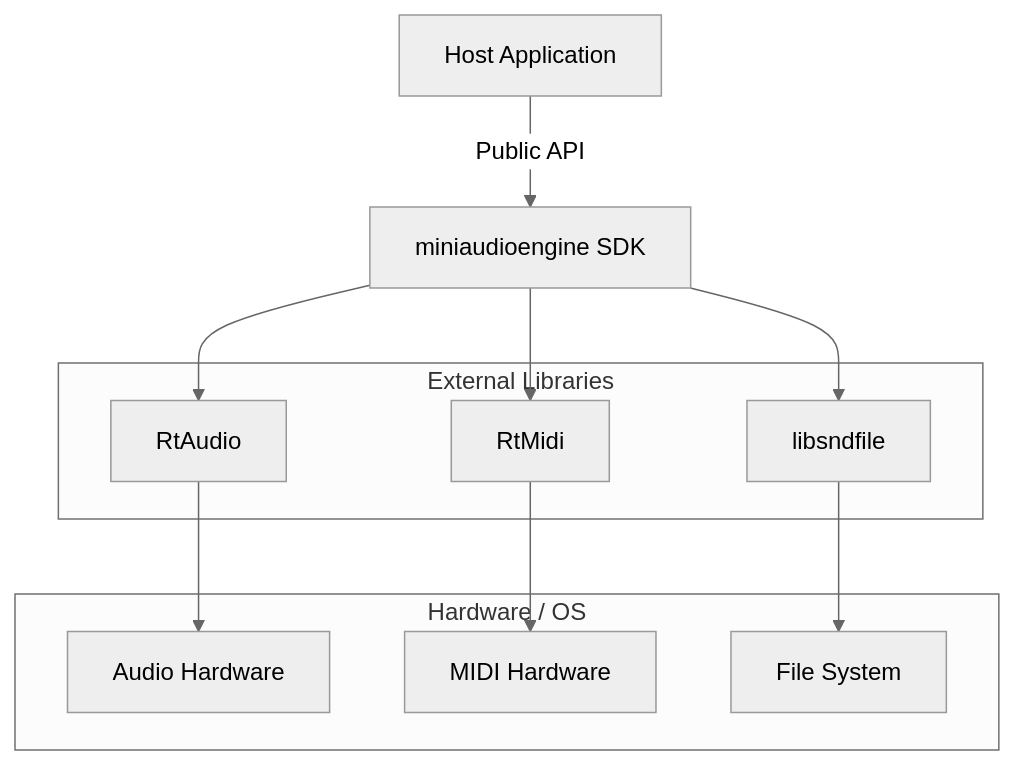
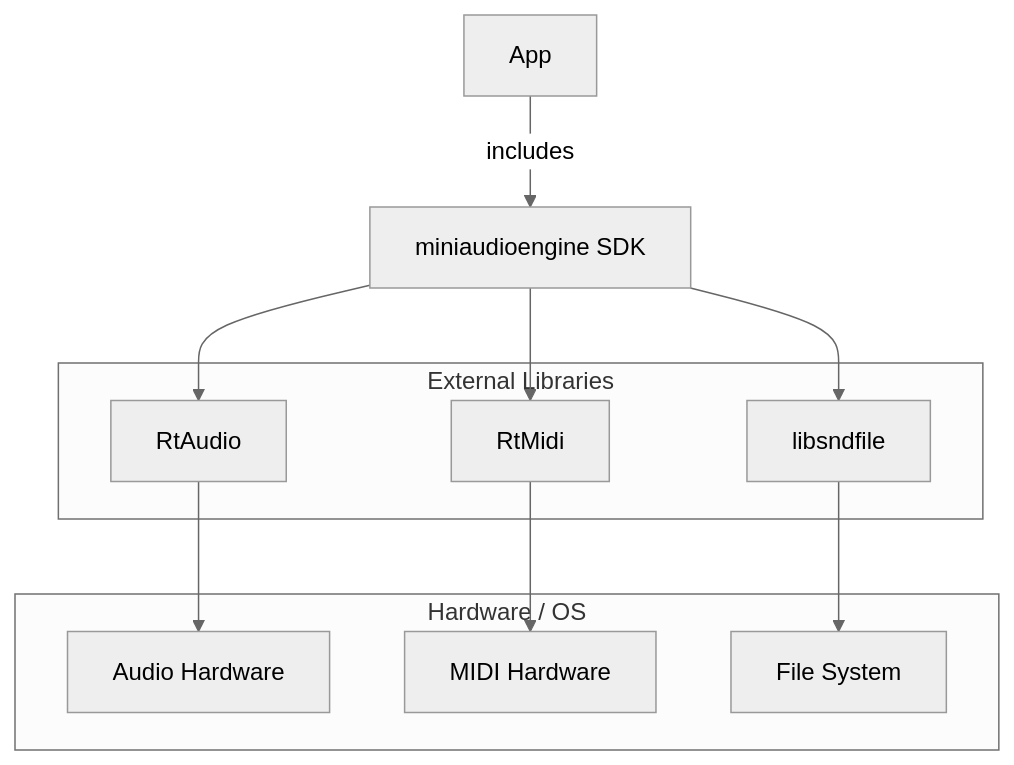
The first of 29 diagrams in docs/DESIGN_DOC.md (aidan-clyens/miniaudioengine), drawn with Mermaid (neutral theme) before and after one commit. The commit also changed other lines of this file and 9 other files, not shown here.

````diff
--- a/docs/DESIGN_DOC.md
+++ b/docs/DESIGN_DOC.md
@@ -107,25 +61,25 @@
 ```mermaid
 graph TD
-    App["Host Application"]
+    App["App"]
     SDK["miniaudioengine SDK"]
 
     subgraph Libraries[External Libraries]
         RtA["RtAudio"]
         RtM["RtMidi"]
         SND["libsndfile"]
     end
 
     subgraph HW[Hardware / OS]
         AudioHW["Audio Hardware"]
         MIDIHW["MIDI Hardware"]
         FS["File System"]
     end
 
-    App -->|Public API| SDK
+    App -->|includes| SDK
     SDK --> RtA
     SDK --> RtM
     SDK --> SND
     RtA --> AudioHW
     RtM --> MIDIHW
     SND --> FS
 ```
````
